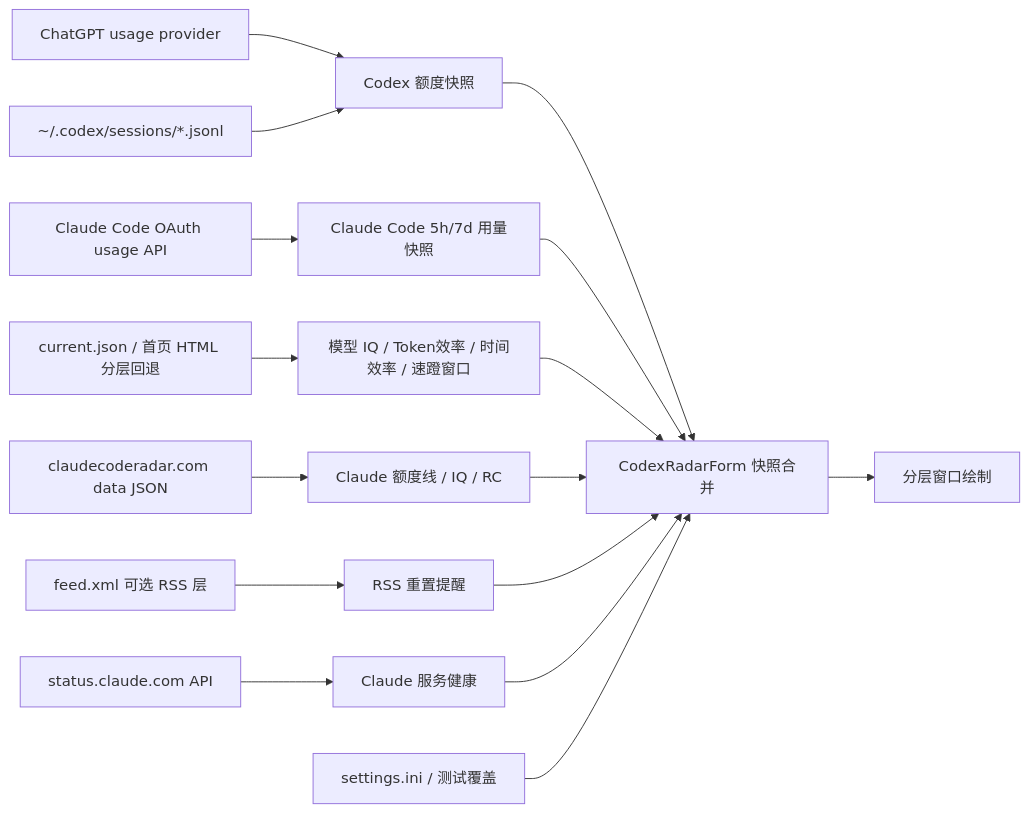
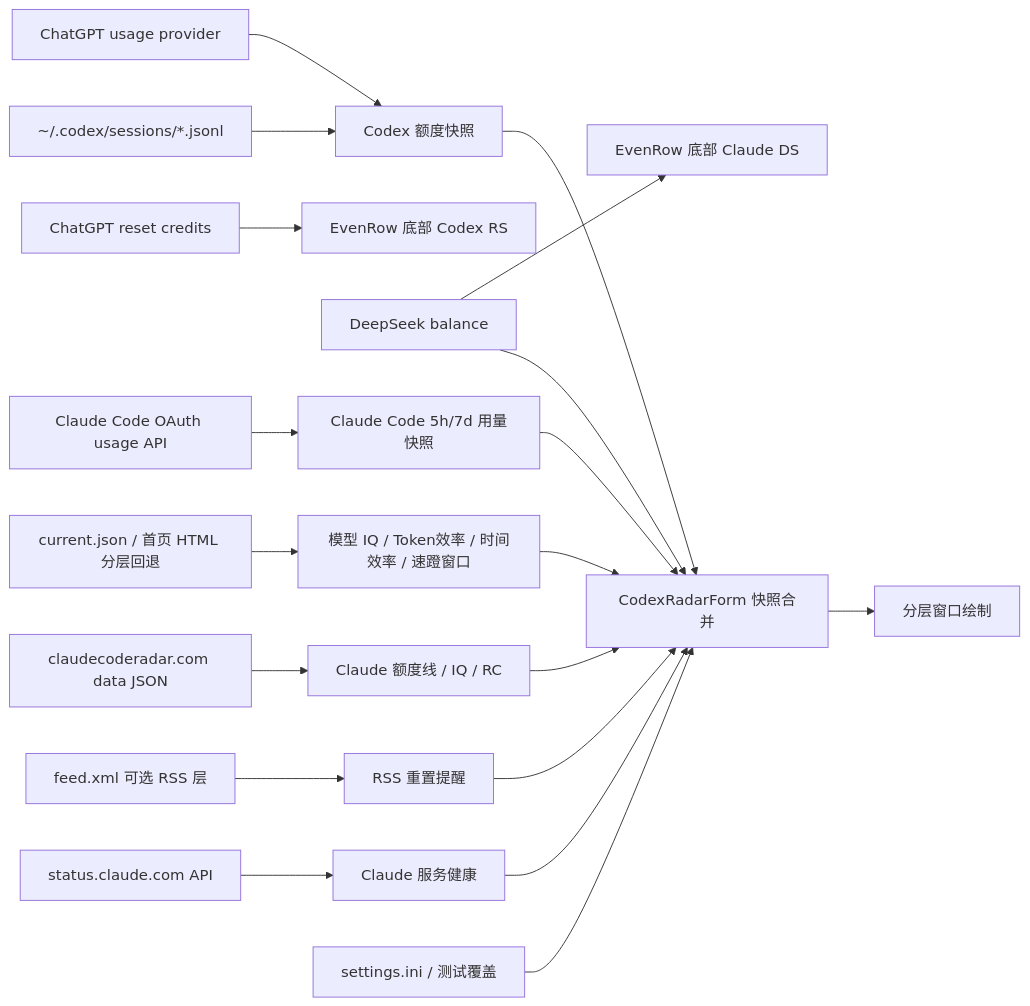
The diagram in Docs/CodexRadar-Architecture.md (AFT-Sakee01/DesktopCodexAssistant), drawn with Mermaid before and after one commit. The commit also changed other lines of this file and 52 other files, not shown here.

````diff
--- a/Docs/CodexRadar-Architecture.md
+++ b/Docs/CodexRadar-Architecture.md
@@ -31,18 +31,21 @@
 ```mermaid
 flowchart LR
     ChatGPTUsage["ChatGPT usage provider"] --> Quota["Codex 额度快照"]
+    ResetCredits["ChatGPT reset credits"] --> BottomInfo["EvenRow 底部 Codex RS"]
+    DeepSeek["DeepSeek balance"] --> BottomInfoClaude["EvenRow 底部 Claude DS"]
     Local["~/.codex/sessions/*.jsonl"] --> Quota
     ClaudeUsage["Claude Code OAuth usage API"] --> ClaudeQuota["Claude Code 5h/7d 用量快照"]
     Radar["current.json / 首页 HTML 分层回退"] --> Model["模型 IQ / Token效率 / 时间效率 / 速蹬窗口"]
     ClaudeRadarSite["claudecoderadar.com data JSON"] --> ClaudeRadarLine["Claude 额度线 / IQ / RC"]
     Feed["feed.xml 可选 RSS 层"] --> Reset["RSS 重置提醒"]
     Claude["status.claude.com API"] --> ClaudeHealth["Claude 服务健康"]
     Quota --> Merge["CodexRadarForm 快照合并"]
     ClaudeQuota --> Merge
     Model --> Merge
     ClaudeRadarLine --> Merge
     Reset --> Merge
     ClaudeHealth --> Merge
+    DeepSeek --> Merge
     Settings["settings.ini / 测试覆盖"] --> Merge
     Merge --> Render["分层窗口绘制"]
 ```
````
